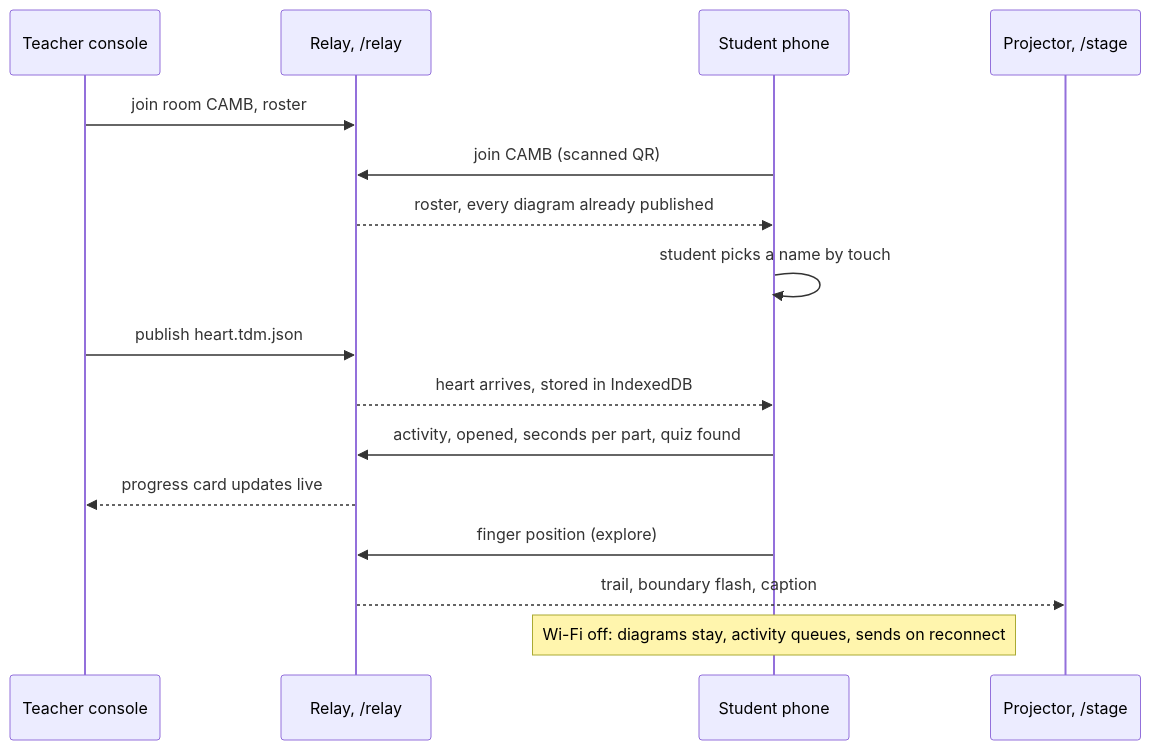
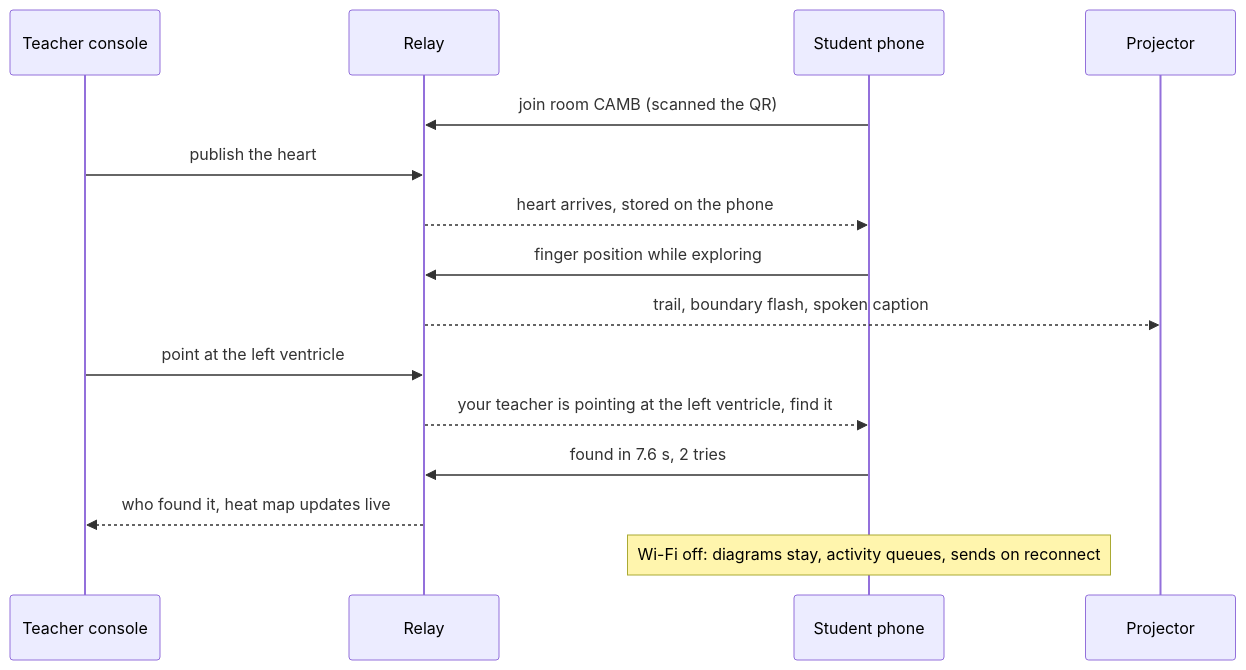
The second of 2 diagrams in README.md (uttampreet-dev/TouchSight), drawn with Mermaid before and after one commit. The commit also changed other lines of this file, not shown here.

Commit message:
README with pitch, diagrams and project structure

````diff
--- a/README.md
+++ b/README.md
@@ -182,19 +104,18 @@
 ```mermaid
 sequenceDiagram
     participant T as Teacher console
-    participant R as Relay, /relay
+    participant R as Relay
     participant S as Student phone
-    participant J as Projector, /stage
+    participant J as Projector
 
-    T->>R: join room CAMB, roster
-    S->>R: join CAMB (scanned QR)
-    R-->>S: roster, every diagram already published
-    S->>S: student picks a name by touch
-    T->>R: publish heart.tdm.json
-    R-->>S: heart arrives, stored in IndexedDB
-    S->>R: activity, opened, seconds per part, quiz found
-    R-->>T: progress card updates live
-    S->>R: finger position (explore)
-    R-->>J: trail, boundary flash, caption
+    S->>R: join room CAMB (scanned the QR)
+    T->>R: publish the heart
+    R-->>S: heart arrives, stored on the phone
+    S->>R: finger position while exploring
+    R-->>J: trail, boundary flash, spoken caption
+    T->>R: point at the left ventricle
+    R-->>S: your teacher is pointing at the left ventricle, find it
+    S->>R: found in 7.6 s, 2 tries
+    R-->>T: who found it, heat map updates live
     Note over S: Wi-Fi off: diagrams stay, activity queues, sends on reconnect
 ```
````
